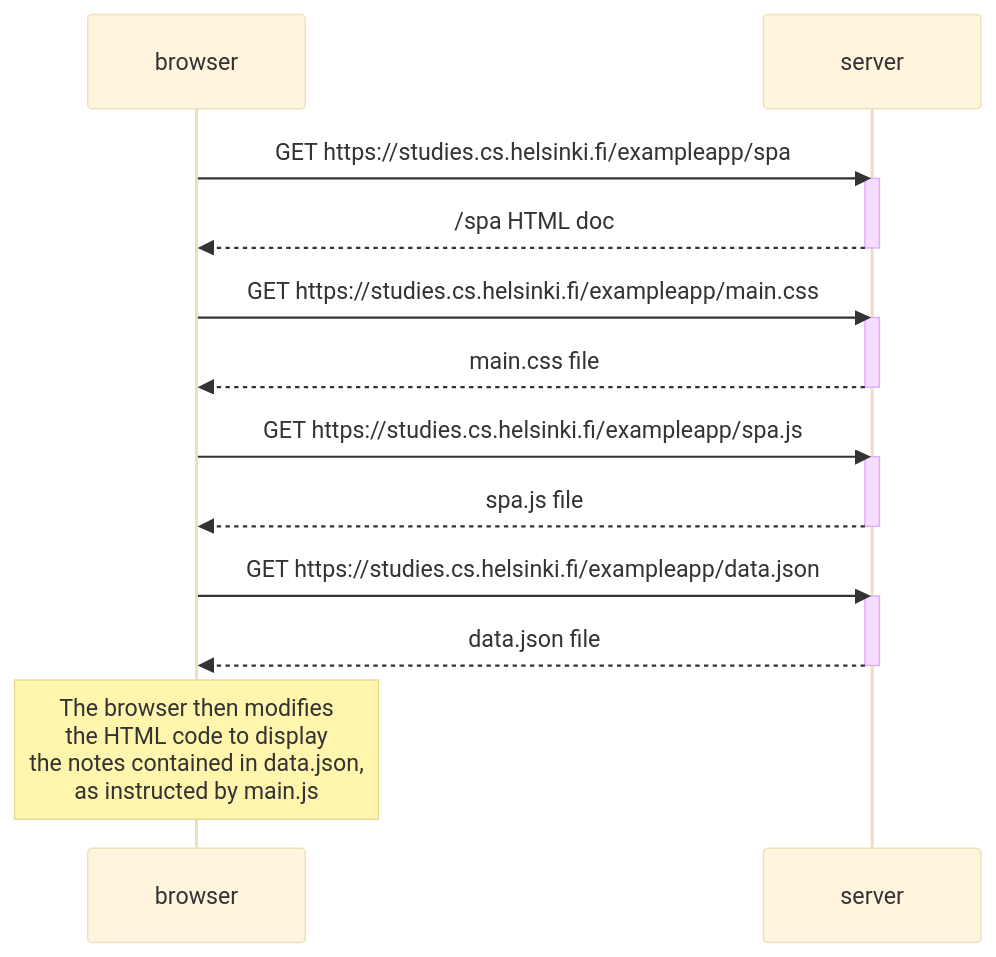
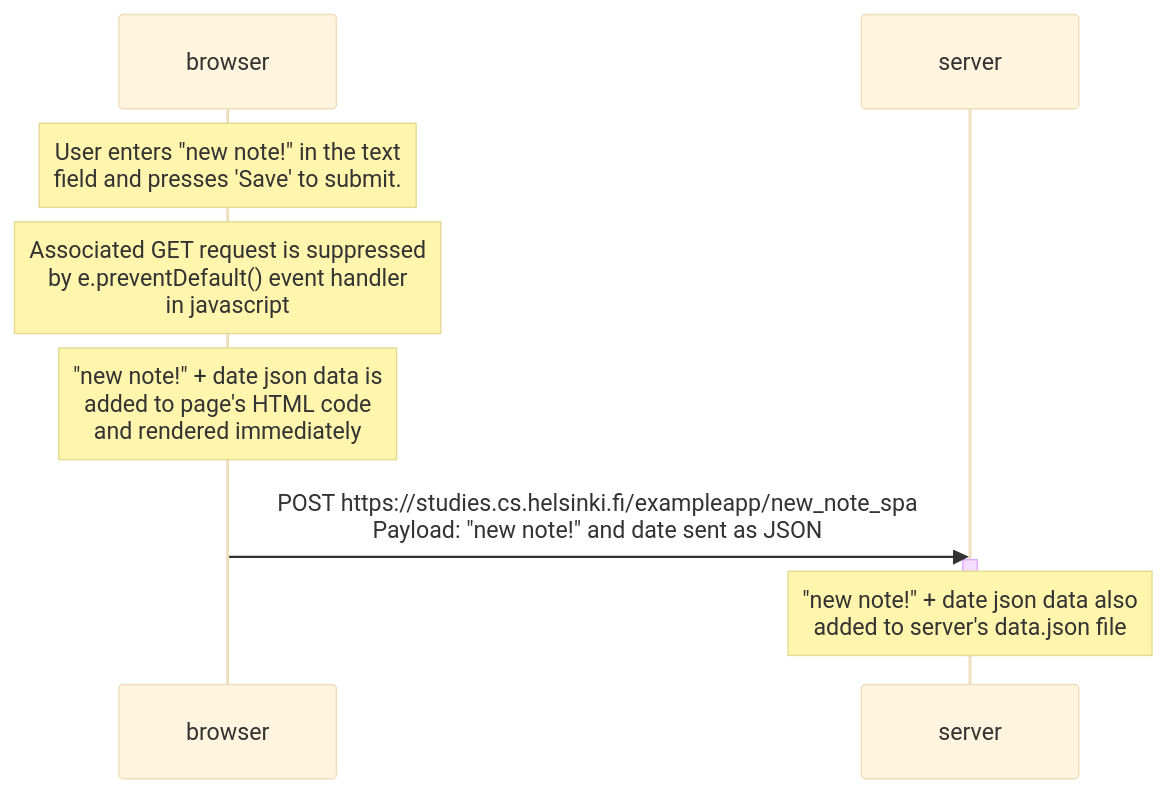
The diagram in part 0/0.6 New note in Single page app diagram.md (LewPort/FullStackOpen), drawn with Mermaid (base theme) before and after one commit. The commit also changed other lines of this file and 1 other file, not shown here.

Commit message:
Refactor sequence diagram for new note creation in Single Page App

````diff
--- a/part 0/0.6 New note in Single page app diagram.md
+++ b/part 0/0.6 New note in Single page app diagram.md
@@ -1,28 +3,17 @@
 ```mermaid
 sequenceDiagram
     participant browser
     participant server
     
-    browser->>server:GET https://studies.cs.helsinki.fi/exampleapp/spa
+    note over browser: User enters "new note!" in the text<br> field and presses 'Save' to submit.
+
+    note over browser: Associated GET request is suppressed<br> by e.preventDefault() event handler<br> in javascript
+
+    note over browser: "new note!" + date json data is <br>added to page's HTML code <br>and rendered immediately
+
+    browser->>server:POST https://studies.cs.helsinki.fi/exampleapp/new_note_spa<br>Payload: "new note!" and date sent as JSON
+
     activate server
-    server-->>browser: /spa HTML doc
+    note over server: "new note!" + date json data also<br> added to server's data.json file
     deactivate server
-
-    browser->>server:GET https://studies.cs.helsinki.fi/exampleapp/main.css
-    activate server
-    server-->>browser: main.css file
-    deactivate server
-
-    browser->>server:GET https://studies.cs.helsinki.fi/exampleapp/spa.js
-    activate server
-    server-->>browser: spa.js file
-    deactivate server
-
-    browser->>server:GET https://studies.cs.helsinki.fi/exampleapp/data.json
-    activate server
-    server-->>browser: data.json file
-    deactivate server
-
-    activate browser
-    note over browser: The browser then modifies<br/> the HTML code to display<br/> the notes contained in data.json,<br/> as instructed by main.js
 ```
````
